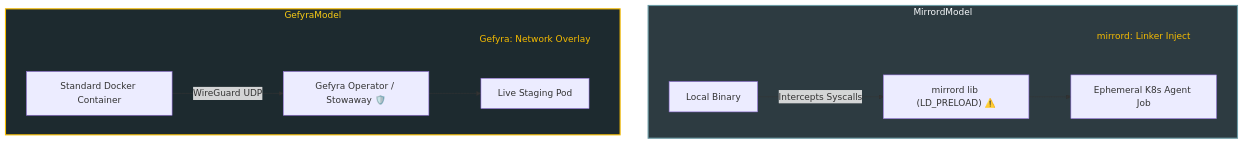
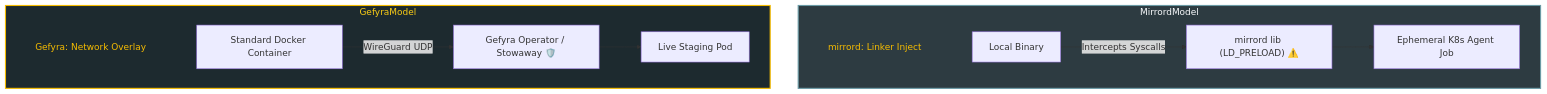
Before and after one commit to gefyrahq/gefyra: the diagram in gefyra-docs/content/en/7.comparisons/2.gefyra-vs-mirrord.md, drawn with Mermaid. The commit also changed other lines of this file and 33 other files, not shown here.

````diff
--- a/gefyra-docs/content/en/7.comparisons/2.gefyra-vs-mirrord.md
+++ b/gefyra-docs/content/en/7.comparisons/2.gefyra-vs-mirrord.md
@@ -39,23 +39,23 @@
 ```mermaid
 flowchart TD
     subgraph MirrordModel
         direction LR
-        MirrordTitle[["mirrord: Linker Inject"]]
-        LocalProcess["Local Binary"] -->|Intercepts Syscalls| HookLib["mirrord lib (LD_PRELOAD) ⚠️"]
+        MirrordTitle[["mirrord: Linker Inject"]] ~~~ LocalProcess["Local Binary"]
+        LocalProcess -->|Intercepts Syscalls| HookLib["mirrord lib (LD_PRELOAD) ⚠️"]
         HookLib --> AgentJob["Ephemeral K8s Agent Job"]
     end
 
     subgraph GefyraModel
         direction LR
-        GefyraTitle[["Gefyra: Network Overlay"]]
-        DockerContainer["Standard Docker Container"] -->|WireGuard UDP| StowawayGateway["Gefyra Operator / Stowaway 🛡️"]
+        GefyraTitle[["Gefyra: Network Overlay"]] ~~~ DockerContainer["Standard Docker Container"]
+        DockerContainer -->|WireGuard UDP| StowawayGateway["Gefyra Operator / Stowaway 🛡️"]
         StowawayGateway --> RealPod["Live Staging Pod"]
     end
 
     classDef groupTitle fill:transparent,stroke:none,color:#f6bc00;
     classDef hook fill:#2d3b41,stroke:#6b9ba5,stroke-width:2px,color:#f8fafc;
     classDef overlay fill:#1d2a2f,stroke:#f6bc00,stroke-width:2px,color:#facc15;
     class MirrordTitle,GefyraTitle groupTitle;
     class MirrordModel hook;
     class GefyraModel overlay;
 ```
````
